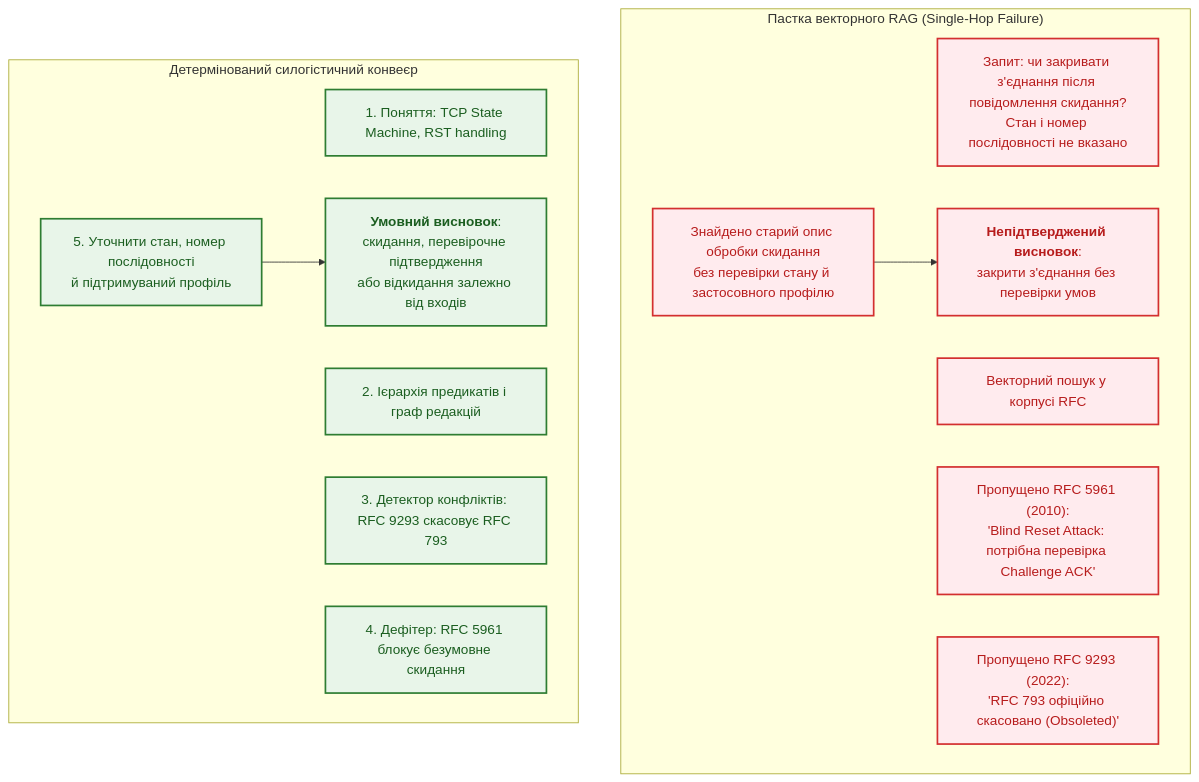
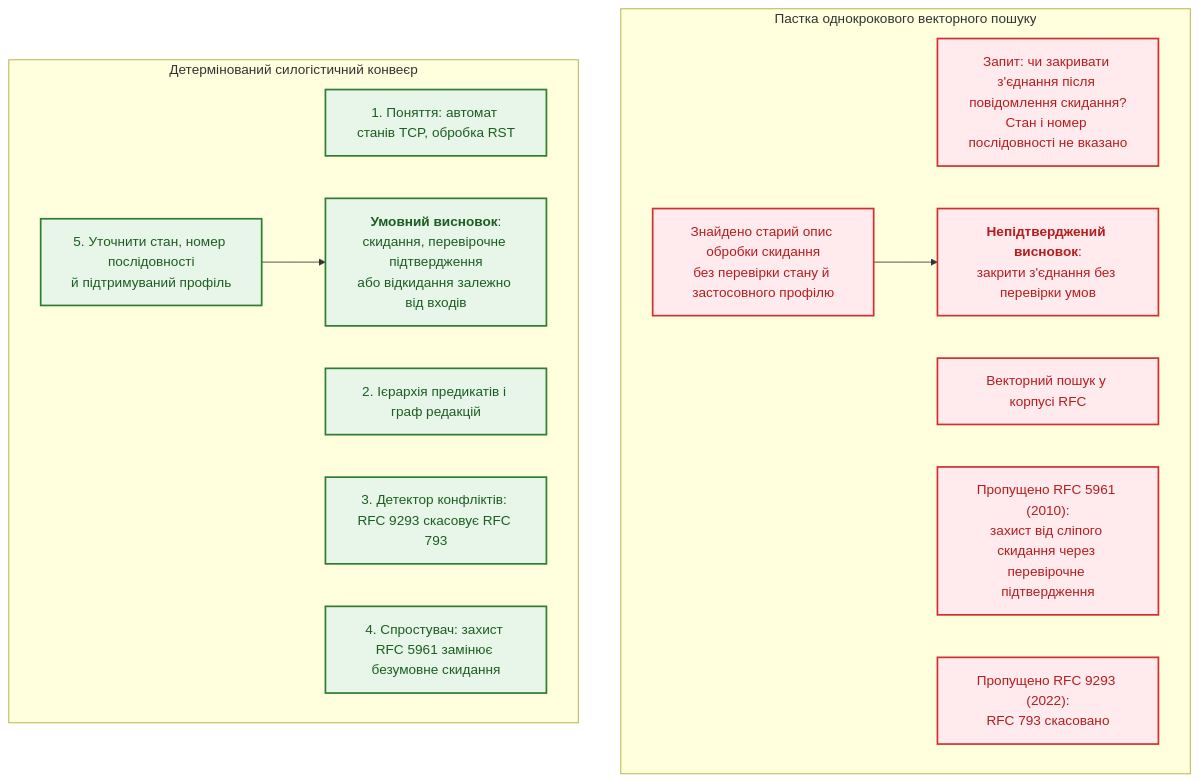
Before and after one commit to nick-fedchik/articles: the first of 5 diagrams in ExpertSystem/ch31-syllogistic-reasoning-and-relation-lattices.md, drawn with Mermaid. The commit also changed other lines of this file and 43 other files, not shown here.

````diff
--- a/ExpertSystem/ch31-syllogistic-reasoning-and-relation-lattices.md
+++ b/ExpertSystem/ch31-syllogistic-reasoning-and-relation-lattices.md
@@ -44,29 +44,29 @@
 ```mermaid
 flowchart TD
     accTitle: Пастка однокрокового пошуку проти силогістичної дедукції
     accDescr: Чому векторний пошук зазнає невдачі у багатоходових нормативних висновках.
 
-    subgraph RAGFail["Пастка векторного RAG (Single-Hop Failure)"]
+    subgraph RAGFail["Пастка однокрокового векторного пошуку"]
         Q["Запит: чи закривати з'єднання після повідомлення скидання?<br/>Стан і номер послідовності не вказано"]
         EMB["Векторний пошук у корпусі RFC"]
         CH1["Знайдено старий опис обробки скидання<br/>без перевірки стану й застосовного профілю"]
-        CH2["Пропущено RFC 5961 (2010):<br/>'Blind Reset Attack: потрібна перевірка Challenge ACK'"]
-        CH3["Пропущено RFC 9293 (2022):<br/>'RFC 793 офіційно скасовано (Obsoleted)'"]
+        CH2["Пропущено RFC 5961 (2010):<br/>захист від сліпого скидання через перевірочне підтвердження"]
+        CH3["Пропущено RFC 9293 (2022):<br/>RFC 793 скасовано"]
         CH1 --> BAD_ANS["<b>Непідтверджений висновок</b>:<br/>закрити з'єднання без перевірки умов"]
     end
 
     subgraph SyllogisticSuccess["Детермінований силогістичний конвеєр"]
-        S_TERM["1. Поняття: TCP State Machine, RST handling"]
+        S_TERM["1. Поняття: автомат станів TCP, обробка RST"]
         S_LATTICE["2. Ієрархія предикатів і граф редакцій"]
         S_CONFLICT["3. Детектор конфліктів: RFC 9293 скасовує RFC 793"]
-        S_DEFEAT["4. Дефітер: RFC 5961 блокує безумовне скидання"]
+        S_DEFEAT["4. Спростувач: захист RFC 5961 замінює безумовне скидання"]
         S_SYLLOGISM["5. Уточнити стан, номер послідовності<br/>й підтримуваний профіль"]
         S_SYLLOGISM --> GOOD_ANS["<b>Умовний висновок</b>:<br/>скидання, перевірочне підтвердження<br/>або відкидання залежно від входів"]
     end
 
     classDef fail fill:#ffebee,stroke:#d32f2f,stroke-width:2px,color:#b71c1c;
     classDef succ fill:#e8f5e9,stroke:#2e7d32,stroke-width:2px,color:#1b5e20;
 
     class Q,EMB,CH1,CH2,CH3,BAD_ANS fail;
     class S_TERM,S_LATTICE,S_CONFLICT,S_DEFEAT,S_SYLLOGISM,GOOD_ANS succ;
 ```
````
